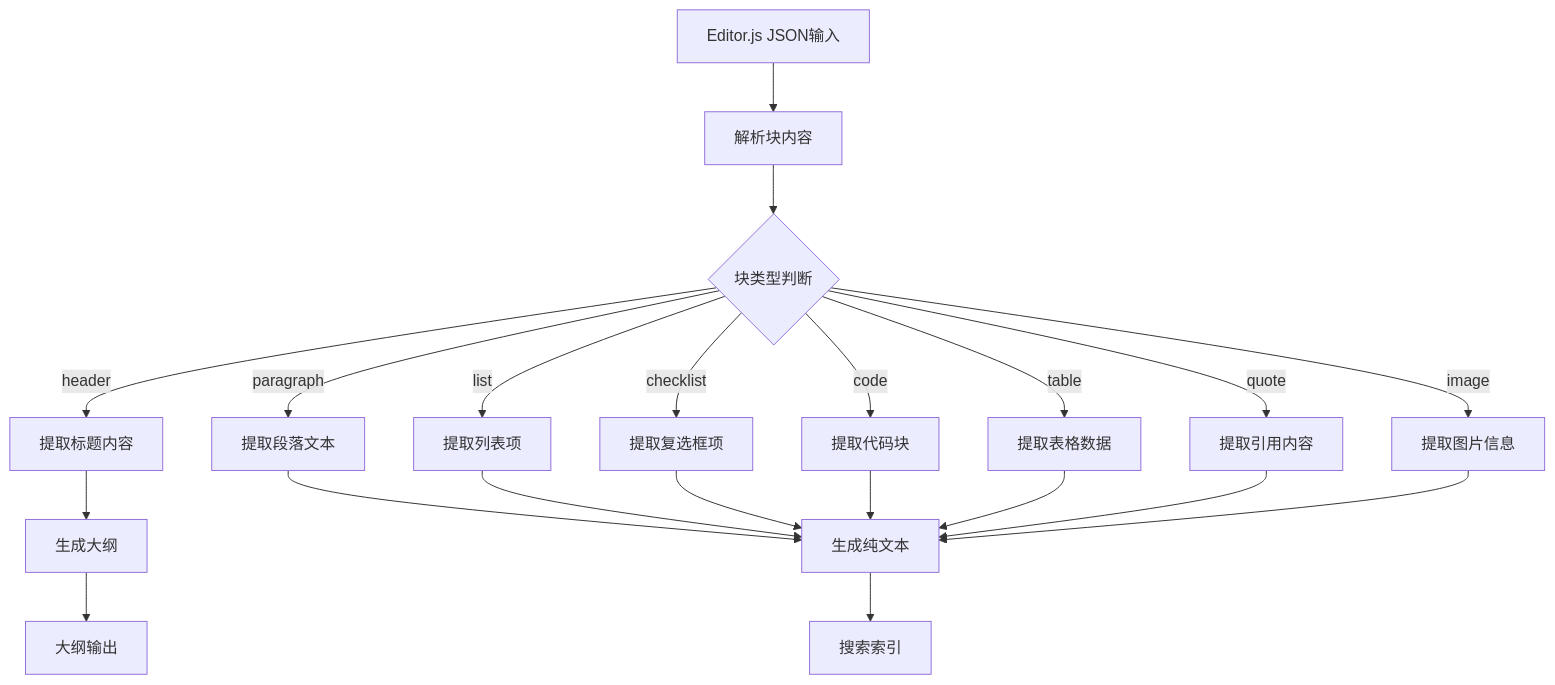
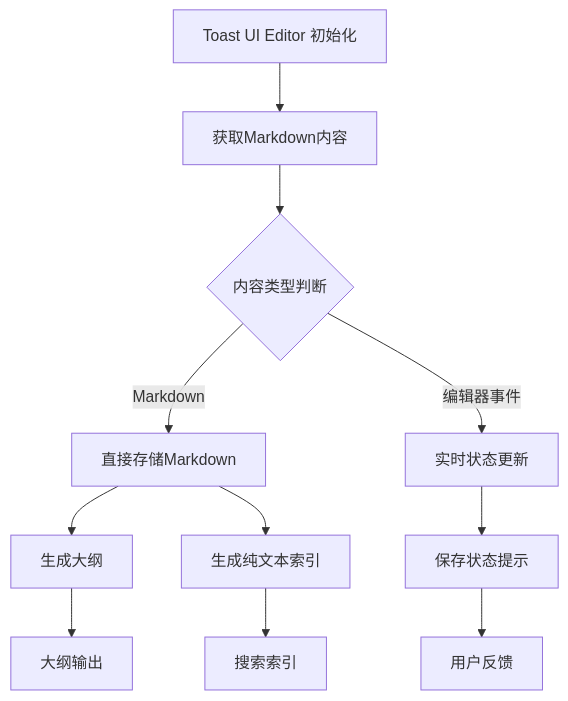
One commit to beyondalbert/my_wiki changed the third of 16 diagrams in .qoder/repowiki/zh/content/架构设计/蓝图系统设计/文档蓝图 (Document Blueprint).md. Above: the diagram before and after it, drawn with Mermaid. The commit also changed other lines of this file and 9 other files, not shown here.

````diff
--- a/.qoder/repowiki/zh/content/架构设计/蓝图系统设计/文档蓝图 (Document Blueprint).md
+++ b/.qoder/repowiki/zh/content/架构设计/蓝图系统设计/文档蓝图 (Document Blueprint).md
@@ -156,23 +167,13 @@
 ```mermaid
 flowchart TD
-A[Editor.js JSON输入] --> B[解析块内容]
-B --> C{块类型判断}
-C --> |header| D[提取标题内容]
-C --> |paragraph| E[提取段落文本]
-C --> |list| F[提取列表项]
-C --> |checklist| G[提取复选框项]
-C --> |code| H[提取代码块]
-C --> |table| I[提取表格数据]
-C --> |quote| J[提取引用内容]
-C --> |image| K[提取图片信息]
-D --> L[生成大纲]
-E --> M[生成纯文本]
-F --> M
-G --> M
-H --> M
-I --> M
-J --> M
-K --> M
-L --> N[大纲输出]
-M --> O[搜索索引]
+A[Toast UI Editor 初始化] --> B[获取Markdown内容]
+B --> C{内容类型判断}
+C --> |Markdown| D[直接存储Markdown]
+C --> |编辑器事件| E[实时状态更新]
+D --> F[生成大纲]
+D --> G[生成纯文本索引]
+E --> H[保存状态提示]
+F --> I[大纲输出]
+G --> J[搜索索引]
+H --> K[用户反馈]
 ```
````
